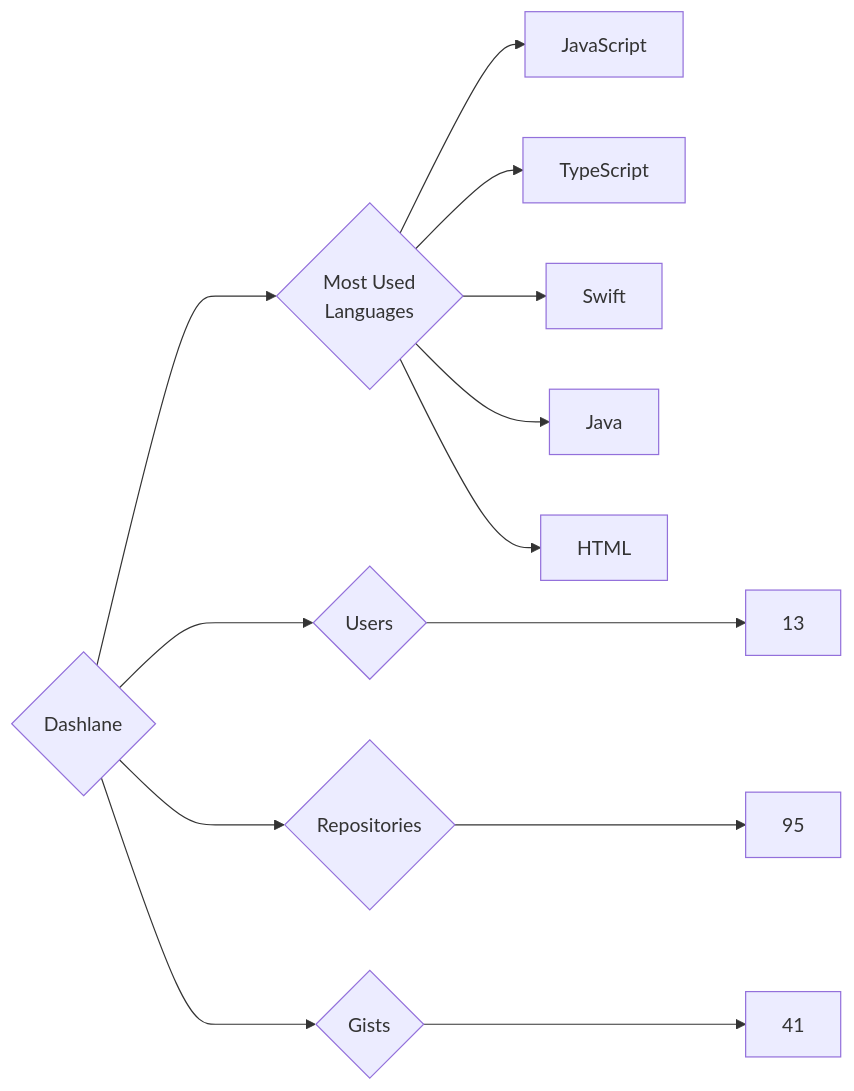
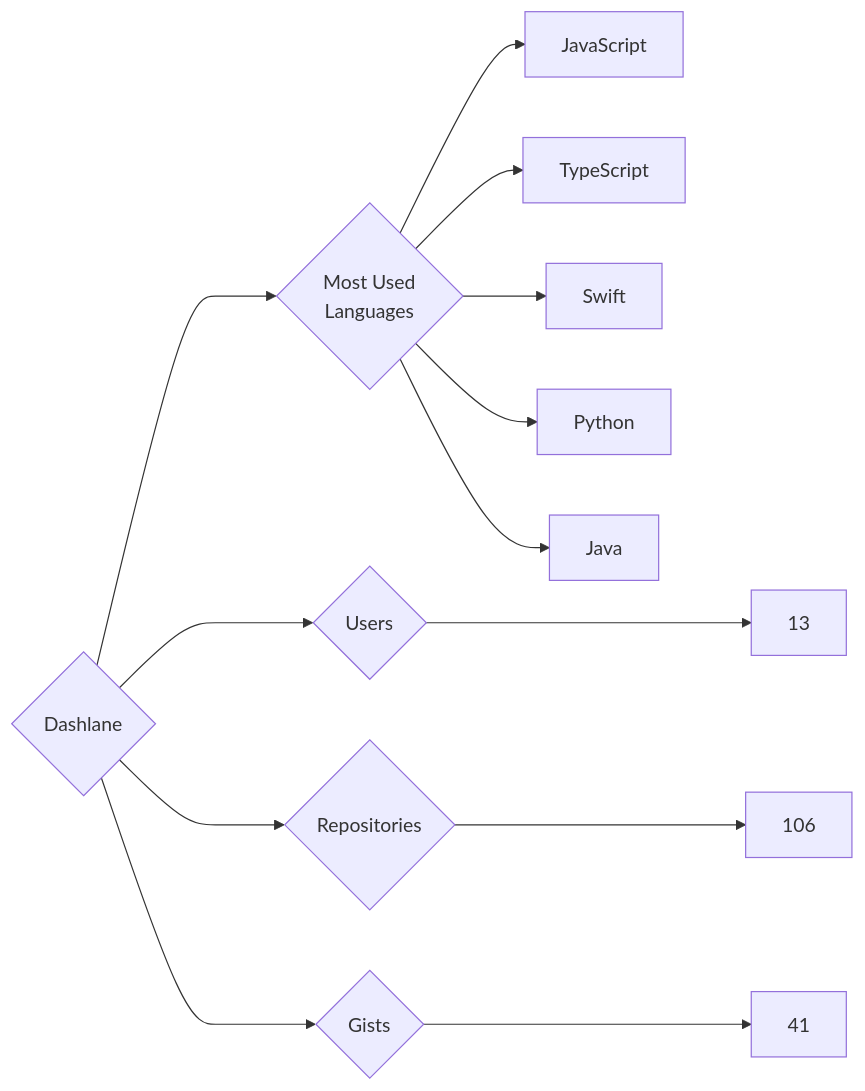
One commit to trickest/insiders changed the diagram in targets/Dashlane/README.md. Above: the diagram before and after it, drawn with Mermaid. The commit also changed 679 other files, not shown here.

````diff
--- a/targets/Dashlane/README.md
+++ b/targets/Dashlane/README.md
@@ -3,13 +3,13 @@
 ```mermaid
 graph LR
 COMPANY_NAME{Dashlane}
 COMPANY_NAME ---> U{Users} ---> UN[13]
-COMPANY_NAME ---> R{Repositories} ---> RN[95]
+COMPANY_NAME ---> R{Repositories} ---> RN[106]
 COMPANY_NAME ---> G{Gists} ---> GN[41]
 COMPANY_NAME ---> ML{Most Used<br>Languages}
 ML --> JavaScript[JavaScript]
 ML --> TypeScript[TypeScript]
 ML --> Swift[Swift]
+ML --> Python[Python]
 ML --> Java[Java]
-ML --> HTML[HTML]
 ```
````
